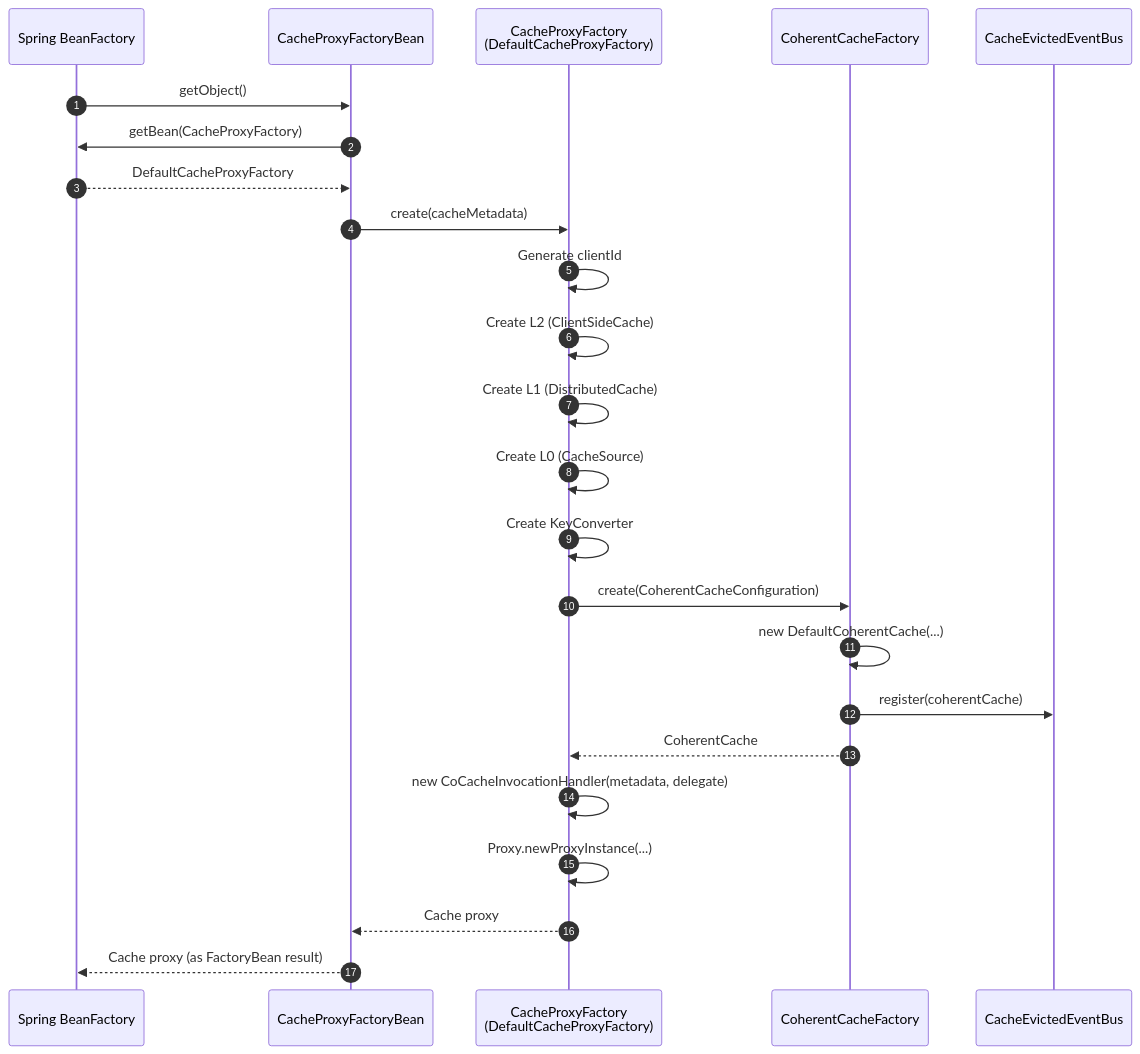
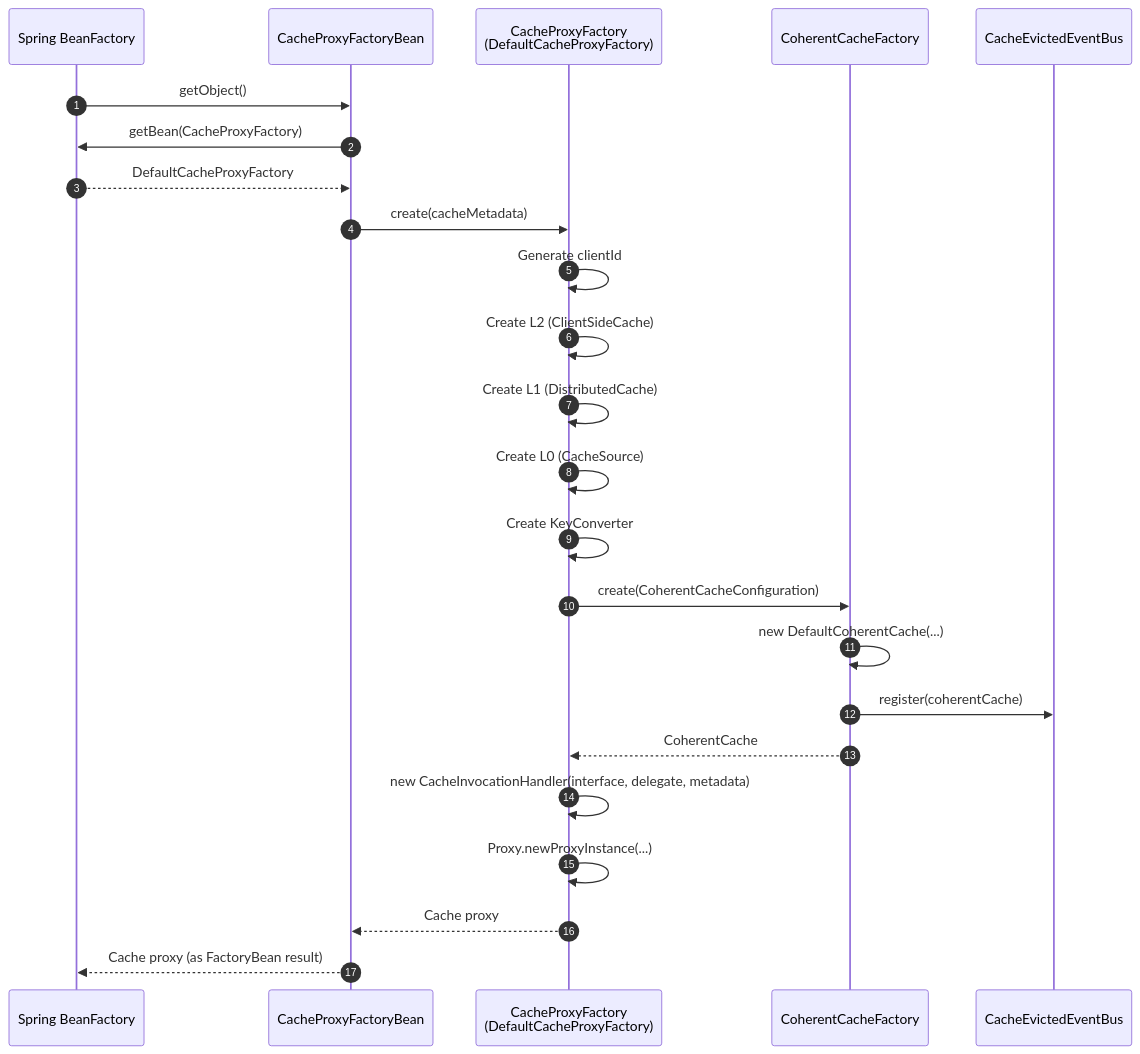
The fourth of 6 diagrams in wiki/modules/cocache-spring.md (Ahoo-Wang/CoCache), drawn with Mermaid before and after one commit. The commit also changed other lines of this file and 256 other files, not shown here.

````diff
--- a/wiki/modules/cocache-spring.md
+++ b/wiki/modules/cocache-spring.md
@@ -177,27 +169,27 @@
 ```mermaid
 sequenceDiagram
 autonumber
     participant SB as Spring BeanFactory
     participant CPFB as CacheProxyFactoryBean
     participant CPF as CacheProxyFactory<br>(DefaultCacheProxyFactory)
     participant CCF as CoherentCacheFactory
     participant EB as CacheEvictedEventBus
 
     SB->>CPFB: getObject()
     CPFB->>SB: getBean(CacheProxyFactory)
     SB-->>CPFB: DefaultCacheProxyFactory
     CPFB->>CPF: create(cacheMetadata)
     CPF->>CPF: Generate clientId
     CPF->>CPF: Create L2 (ClientSideCache)
     CPF->>CPF: Create L1 (DistributedCache)
     CPF->>CPF: Create L0 (CacheSource)
     CPF->>CPF: Create KeyConverter
     CPF->>CCF: create(CoherentCacheConfiguration)
     CCF->>CCF: new DefaultCoherentCache(...)
     CCF->>EB: register(coherentCache)
     CCF-->>CPF: CoherentCache
-    CPF->>CPF: new CoCacheInvocationHandler(metadata, delegate)
+    CPF->>CPF: new CacheInvocationHandler(interface, delegate, metadata)
     CPF->>CPF: Proxy.newProxyInstance(...)
     CPF-->>CPFB: Cache proxy
     CPFB-->>SB: Cache proxy (as FactoryBean result)
 ```
````
